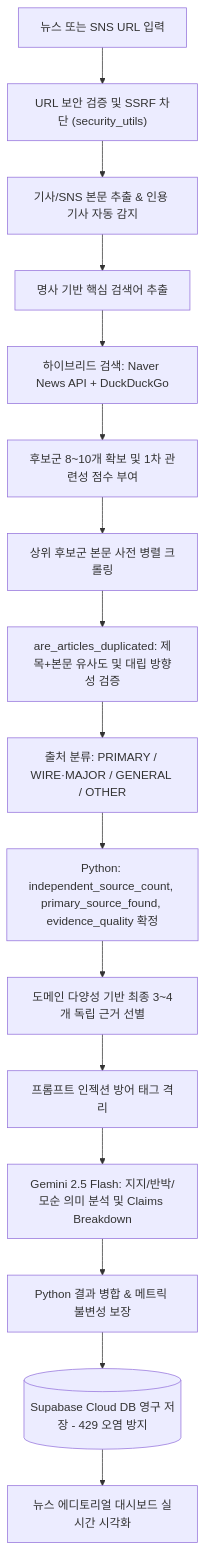
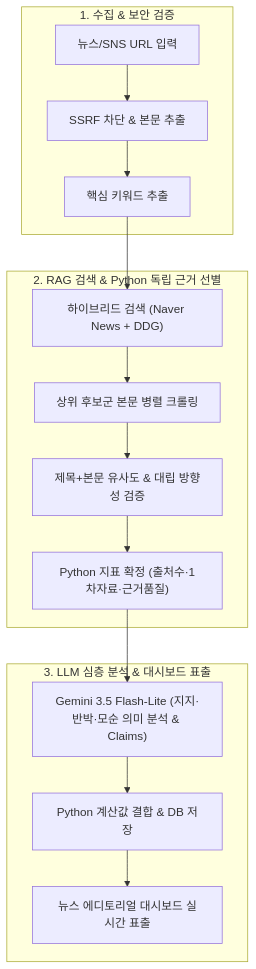
The diagram in README.md (woosh0901-sys/fakenews), drawn with Mermaid before and after one commit. The commit also changed other lines of this file, not shown here.

Commit message:
docs: simplify architecture flowchart into 3 subgraphs and update model to Gemini 3.5 Flash-Lite

````diff
--- a/README.md
+++ b/README.md
@@ -34,18 +34,20 @@
 ```mermaid
 flowchart TD
-    A["뉴스 또는 SNS URL 입력"] --> B["URL 보안 검증 및 SSRF 차단 (security_utils)"]
-    B --> C["기사/SNS 본문 추출 & 인용 기사 자동 감지"]
-    C --> D["명사 기반 핵심 검색어 추출"]
-    D --> E["하이브리드 검색: Naver News API + DuckDuckGo"]
-    E --> F["후보군 8~10개 확보 및 1차 관련성 점수 부여"]
-    F --> G["상위 후보군 본문 사전 병렬 크롤링"]
-    G --> H["are_articles_duplicated: 제목+본문 유사도 및 대립 방향성 검증"]
-    H --> I["출처 분류: PRIMARY / WIRE·MAJOR / GENERAL / OTHER"]
-    I --> J["Python: independent_source_count, primary_source_found, evidence_quality 확정"]
-    J --> K["도메인 다양성 기반 최종 3~4개 독립 근거 선별"]
-    K --> L["프롬프트 인젝션 방어 태그 격리"]
-    L --> M["Gemini 2.5 Flash: 지지/반박/모순 의미 분석 및 Claims Breakdown"]
-    M --> N["Python 결과 병합 & 메트릭 불변성 보장"]
-    N --> O[("Supabase Cloud DB 영구 저장 - 429 오염 방지")]
-    O --> P["뉴스 에디토리얼 대시보드 실시간 시각화"]
+    subgraph Stage1["1. 수집 & 보안 검증"]
+        A["뉴스/SNS URL 입력"] --> B["SSRF 차단 & 본문 추출"]
+        B --> C["핵심 키워드 추출"]
+    end
+
+    subgraph Stage2["2. RAG 검색 & Python 독립 근거 선별"]
+        C --> D["하이브리드 검색 (Naver News + DDG)"]
+        D --> E["상위 후보군 본문 병렬 크롤링"]
+        E --> F["제목+본문 유사도 & 대립 방향성 검증"]
+        F --> G["Python 지표 확정 (출처수·1차자료·근거품질)"]
+    end
+
+    subgraph Stage3["3. LLM 심층 분석 & 대시보드 표출"]
+        G --> H["Gemini 3.5 Flash-Lite (지지·반박·모순 의미 분석 & Claims)"]
+        H --> I["Python 계산값 결합 & DB 저장"]
+        I --> J["뉴스 에디토리얼 대시보드 실시간 표출"]
+    end
 ```
````
